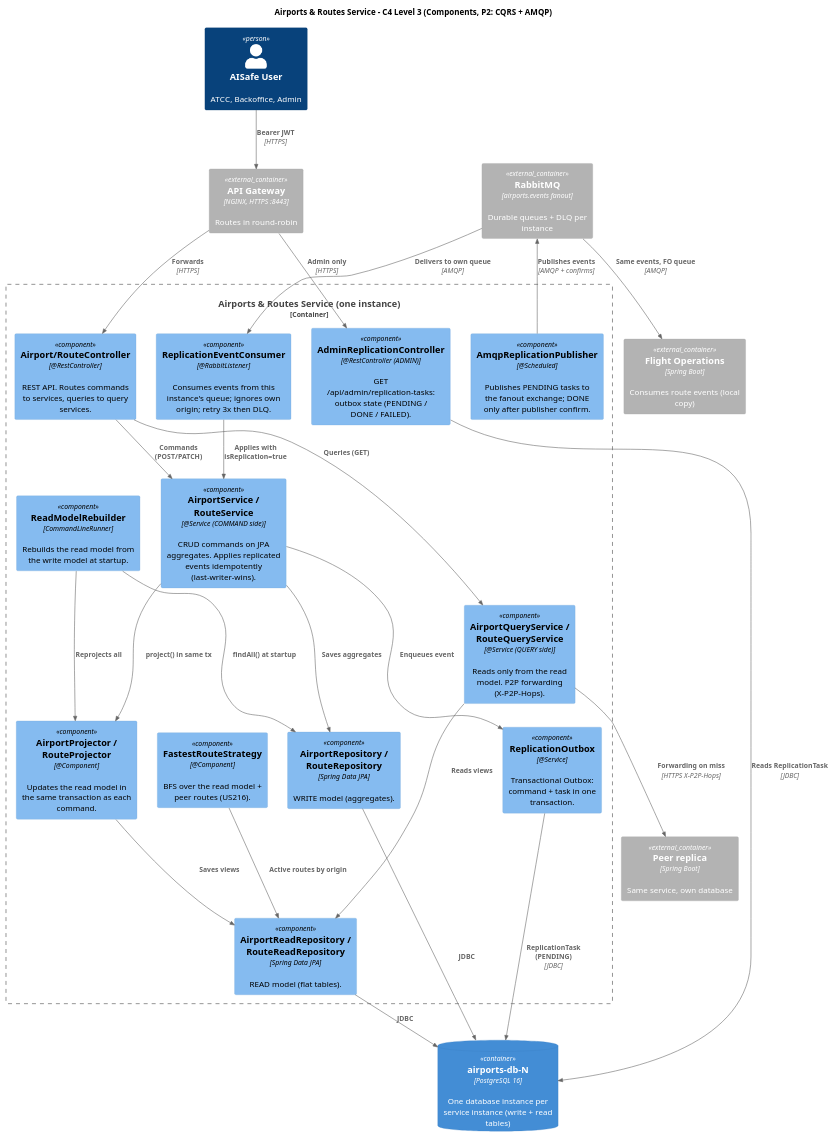
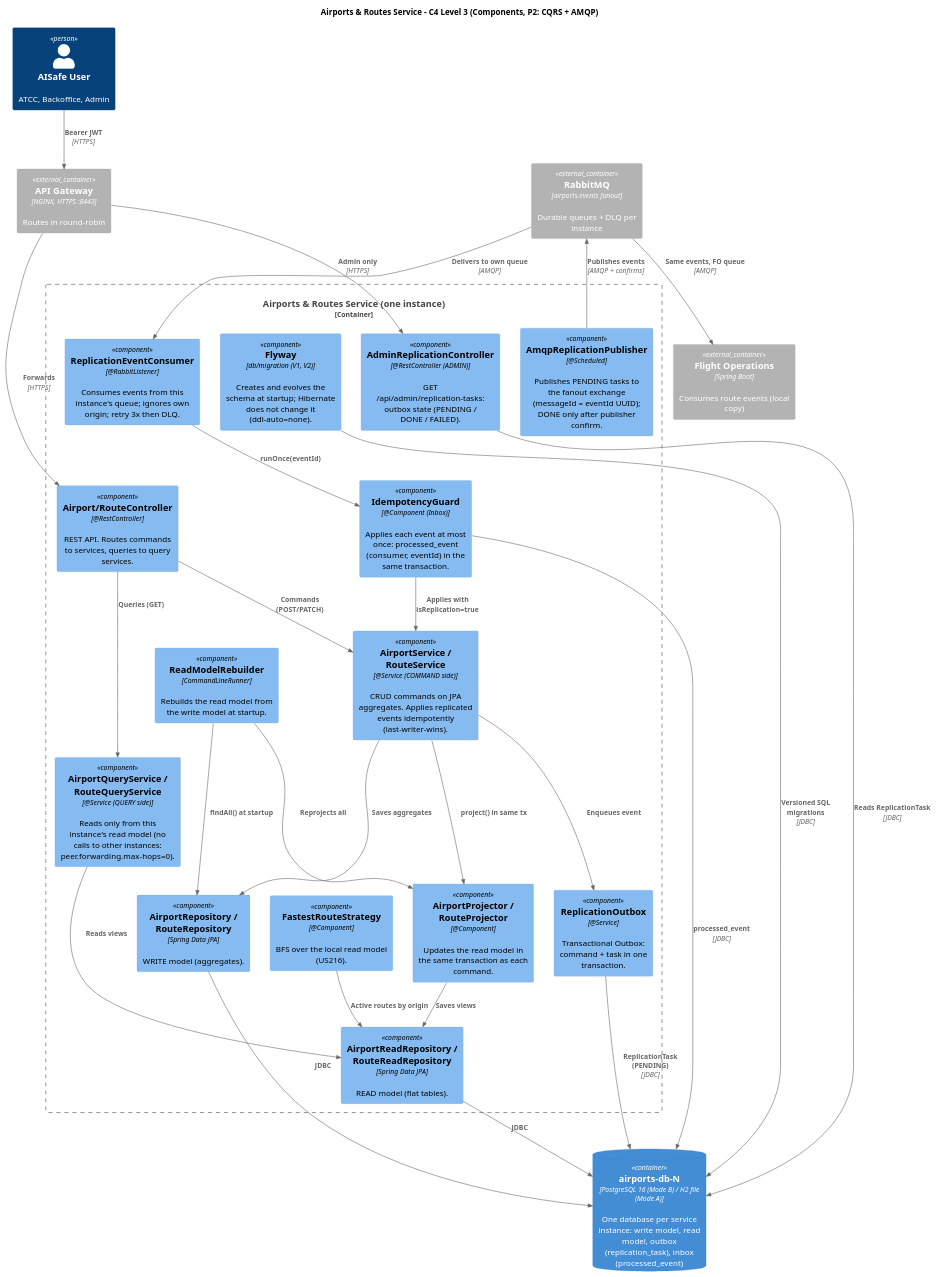
The diagram in Services/Airport e Routes/airports-routes-service/docs/E2/c4-component-airports-routes-p2.puml (anamartasilvaa/SIDIG_AI_Safe), drawn with PlantUML before and after one commit. The commit also changed 12 other files, not shown here.

Commit message:
Airports: esquema gerido por Flyway e ddl-auto=none

```diff
--- a/Services/Airport e Routes/airports-routes-service/docs/E2/c4-component-airports-routes-p2.puml
+++ b/Services/Airport e Routes/airports-routes-service/docs/E2/c4-component-airports-routes-p2.puml
@@ -1,57 +1,60 @@
 @startuml c4-component-airports-routes-p2
 !include <C4/C4_Component>
 LAYOUT_TOP_DOWN()
 
 title Airports & Routes Service - C4 Level 3 (Components, P2: CQRS + AMQP)
 
 Person(client, "AISafe User", "ATCC, Backoffice, Admin")
 Container_Ext(gateway, "API Gateway", "NGINX, HTTPS :8443", "Routes in round-robin")
 Container_Ext(broker, "RabbitMQ", "airports.events fanout", "Durable queues + DLQ per instance")
-Container_Ext(peer, "Peer replica", "Spring Boot", "Same service, own database")
 Container_Ext(fo, "Flight Operations", "Spring Boot", "Consumes route events (local copy)")
 
-ContainerDb(db, "airports-db-N", "PostgreSQL 16", "One database instance per service instance (write + read tables)")
+ContainerDb(db, "airports-db-N", "PostgreSQL 16 (Mode B) / H2 file (Mode A)", "One database per service instance: write model, read model, outbox (replication_task), inbox (processed_event)")
 
 Container_Boundary(ar, "Airports & Routes Service (one instance)") {
     Component(ctrl, "Airport/RouteController", "@RestController", "REST API. Routes commands to services, queries to query services.")
 
     Component(admin, "AdminReplicationController", "@RestController (ADMIN)", "GET /api/admin/replication-tasks: outbox state (PENDING / DONE / FAILED).")
 
     Component(cmdSvc, "AirportService / RouteService", "@Service (COMMAND side)", "CRUD commands on JPA aggregates. Applies replicated events idempotently (last-writer-wins).")
     Component(proj, "AirportProjector / RouteProjector", "@Component", "Updates the read model in the same transaction as each command.")
-    Component(qrySvc, "AirportQueryService / RouteQueryService", "@Service (QUERY side)", "Reads only from the read model. P2P forwarding (X-P2P-Hops).")
-    Component(bfs, "FastestRouteStrategy", "@Component", "BFS over the read model + peer routes (US216).")
+    Component(qrySvc, "AirportQueryService / RouteQueryService", "@Service (QUERY side)", "Reads only from this instance's read model (no calls to other instances: peer.forwarding.max-hops=0).")
+    Component(bfs, "FastestRouteStrategy", "@Component", "BFS over the local read model (US216).")
 
     Component(writeRepo, "AirportRepository / RouteRepository", "Spring Data JPA", "WRITE model (aggregates).")
     Component(readRepo, "AirportReadRepository / RouteReadRepository", "Spring Data JPA", "READ model (flat tables).")
     Component(rebuild, "ReadModelRebuilder", "CommandLineRunner", "Rebuilds the read model from the write model at startup.")
+    Component(flyway, "Flyway", "db/migration (V1, V2)", "Creates and evolves the schema at startup; Hibernate does not change it (ddl-auto=none).")
 
     Component(outbox, "ReplicationOutbox", "@Service", "Transactional Outbox: command + task in one transaction.")
-    Component(pub, "AmqpReplicationPublisher", "@Scheduled", "Publishes PENDING tasks to the fanout exchange; DONE only after publisher confirm.")
+    Component(pub, "AmqpReplicationPublisher", "@Scheduled", "Publishes PENDING tasks to the fanout exchange (messageId = eventId UUID); DONE only after publisher confirm.")
     Component(cons, "ReplicationEventConsumer", "@RabbitListener", "Consumes events from this instance's queue; ignores own origin; retry 3x then DLQ.")
+    Component(inbox, "IdempotencyGuard", "@Component (Inbox)", "Applies each event at most once: processed_event (consumer, eventId) in the same transaction.")
 }
 
 Rel(client, gateway, "Bearer JWT", "HTTPS")
 Rel(gateway, ctrl, "Forwards", "HTTPS")
 
 Rel(ctrl, cmdSvc, "Commands (POST/PATCH)")
 Rel(ctrl, qrySvc, "Queries (GET)")
 Rel(cmdSvc, writeRepo, "Saves aggregates")
 Rel(cmdSvc, proj, "project() in same tx")
 Rel(proj, readRepo, "Saves views")
 Rel(cmdSvc, outbox, "Enqueues event")
 Rel(outbox, db, "ReplicationTask (PENDING)", "JDBC")
 Rel(pub, broker, "Publishes events", "AMQP + confirms")
 Rel(broker, cons, "Delivers to own queue", "AMQP")
 Rel(broker, fo, "Same events, FO queue", "AMQP")
-Rel(cons, cmdSvc, "Applies with isReplication=true")
+Rel(cons, inbox, "runOnce(eventId)")
+Rel(inbox, cmdSvc, "Applies with isReplication=true")
+Rel(inbox, db, "processed_event", "JDBC")
 Rel(qrySvc, readRepo, "Reads views")
 Rel(gateway, admin, "Admin only", "HTTPS")
 Rel(admin, db, "Reads ReplicationTask", "JDBC")
-Rel(qrySvc, peer, "Forwarding on miss", "HTTPS X-P2P-Hops")
 Rel(bfs, readRepo, "Active routes by origin")
 Rel(rebuild, writeRepo, "findAll() at startup")
 Rel(rebuild, proj, "Reprojects all")
+Rel(flyway, db, "Versioned SQL migrations", "JDBC")
 Rel(writeRepo, db, "JDBC")
 Rel(readRepo, db, "JDBC")
 @enduml
```
